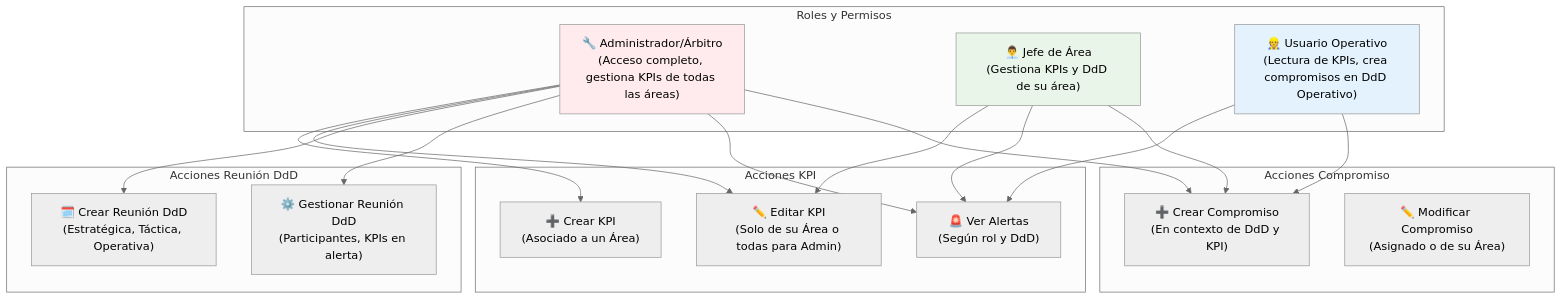
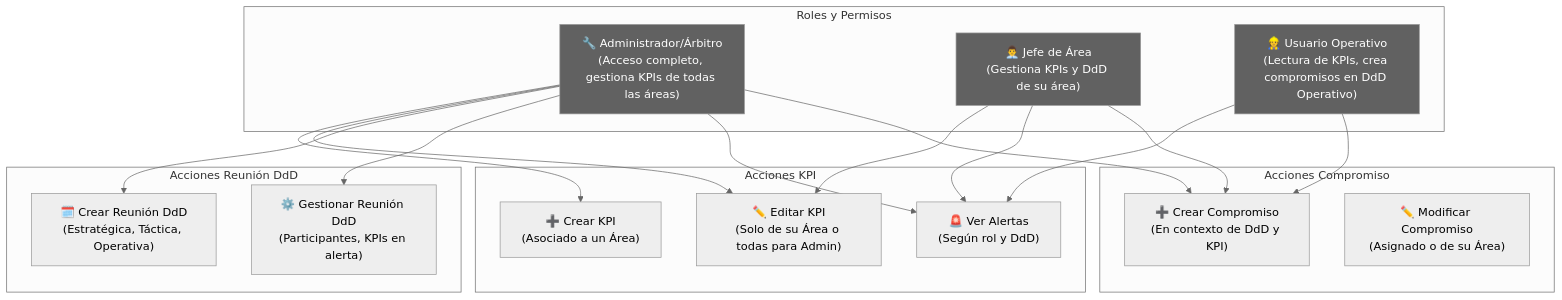
Before and after one commit to ColDev-Colivoro/Proyecto-Estandarizaci-n-normalizacion-Nutrisco: the sixth of 6 diagrams in readmeEjecutivo.md, drawn with Mermaid (neutral theme). The commit also changed other lines of this file and 2 other files, not shown here.

Commit message:
refactor: update conceptual diagrams in README and executive documents for improved clarity and consistency in DdD system representation

````diff
--- a/readmeEjecutivo.md
+++ b/readmeEjecutivo.md
@@ -315,42 +315,42 @@
 ```mermaid
 graph TB
   subgraph "Roles y Permisos"
     ADMIN["🔧 Administrador/Árbitro<br/>(Acceso completo, gestiona KPIs de todas las áreas)"]
     JEFE["👨‍💼 Jefe de Área<br/>(Gestiona KPIs y DdD de su área)"]
     OPERATIVO["👷 Usuario Operativo<br/>(Lectura de KPIs, crea compromisos en DdD Operativo)"]
   end
   
   subgraph "Acciones KPI"
     CREAR_KPI["➕ Crear KPI<br/>(Asociado a un Área)"]
     EDITAR_KPI["✏️ Editar KPI<br/>(Solo de su Área o todas para Admin)"]
     VER_ALERTAS["🚨 Ver Alertas<br/>(Según rol y DdD)"]
   end
   
   subgraph "Acciones Reunión DdD"
     CREAR_REUNION["🗓️ Crear Reunión DdD<br/>(Estratégica, Táctica, Operativa)"]
     GESTIONAR_REUNION["⚙️ Gestionar Reunión DdD<br/>(Participantes, KPIs en alerta)"]
   end
   
   subgraph "Acciones Compromiso"
     CREAR_COMPROMISO["➕ Crear Compromiso<br/>(En contexto de DdD y KPI)"]
     MODIFICAR_COMPROMISO["✏️ Modificar Compromiso<br/>(Asignado o de su Área)"]
   end
   
   ADMIN --> CREAR_KPI
   ADMIN --> EDITAR_KPI
   JEFE --> EDITAR_KPI
   ADMIN --> CREAR_REUNION
   ADMIN --> GESTIONAR_REUNION
   
   ADMIN --> VER_ALERTAS
   JEFE --> VER_ALERTAS
   OPERATIVO --> VER_ALERTAS
   
   ADMIN --> CREAR_COMPROMISO
   JEFE --> CREAR_COMPROMISO
   OPERATIVO --> CREAR_COMPROMISO
   
-  style ADMIN fill:#ffebee
-  style JEFE fill:#e8f5e8
-  style OPERATIVO fill:#e3f2fd
+style ADMIN fill:#616161,color:#ffffff
+  style JEFE fill:#616161,color:#ffffff
+  style OPERATIVO fill:#616161,color:#ffffff
 ```
````
